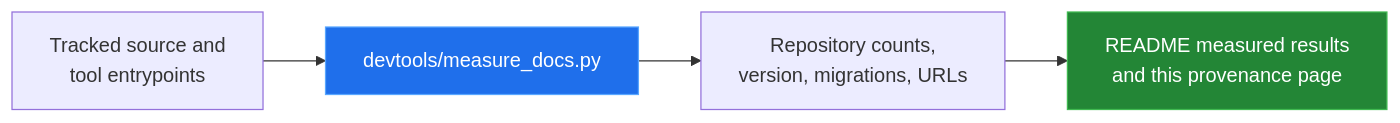
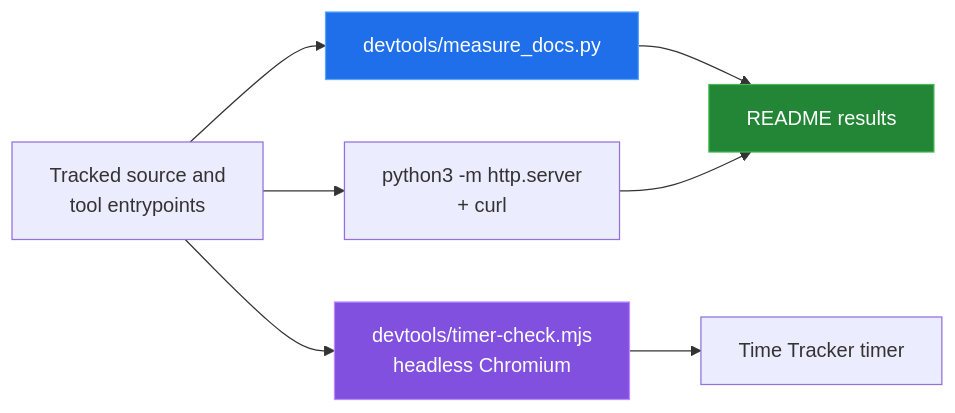
One commit to Bissbert/project-planning-tools changed the diagram in docs/measurement.md. Above: the diagram before and after it, drawn with Mermaid. The commit also changed other lines of this file and 8 other files, not shown here.

````diff
--- a/docs/measurement.md
+++ b/docs/measurement.md
@@ -23,9 +26,13 @@
 ```mermaid
 flowchart LR
     S["Tracked source and<br/>tool entrypoints"] --> M["devtools/measure_docs.py"]
-    M --> C["Repository counts,<br/>version, migrations, URLs"]
-    C --> R["README measured results<br/>and this provenance page"]
+    S --> H["python3 -m http.server<br/>+ curl"]
+    S --> T["devtools/timer-check.mjs<br/>headless Chromium"]
+    M --> R["README results"]
+    H --> R
+    T --> B["Time Tracker timer"]
 
     style M fill:#1f6feb,stroke:#58a6ff,color:#fff
+    style T fill:#8250df,stroke:#bc8cff,color:#fff
     style R fill:#238636,stroke:#3fb950,color:#fff
 ```
````
